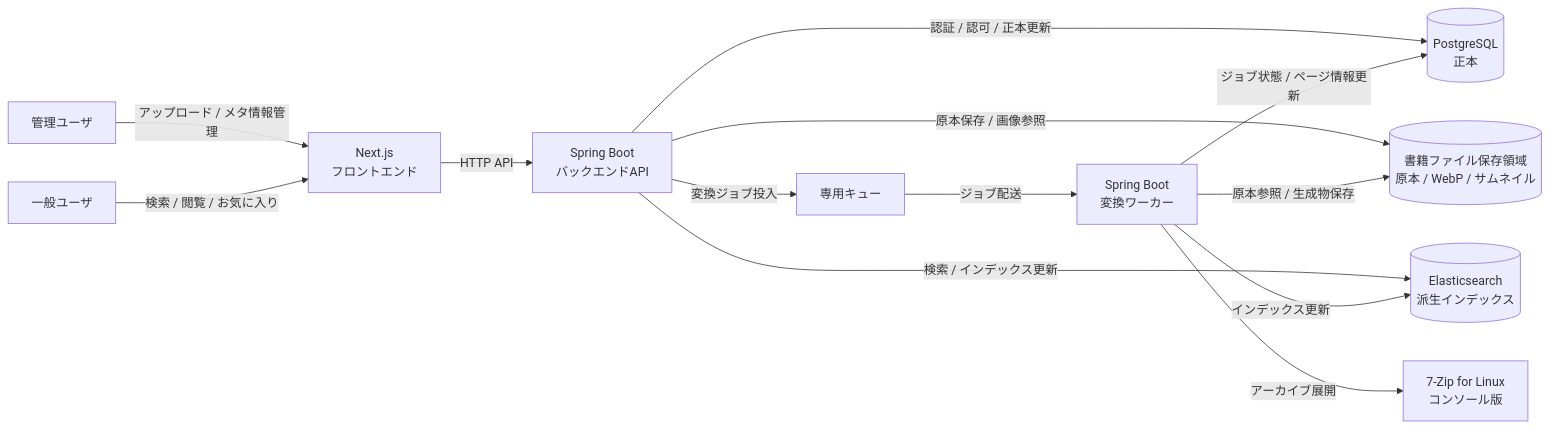
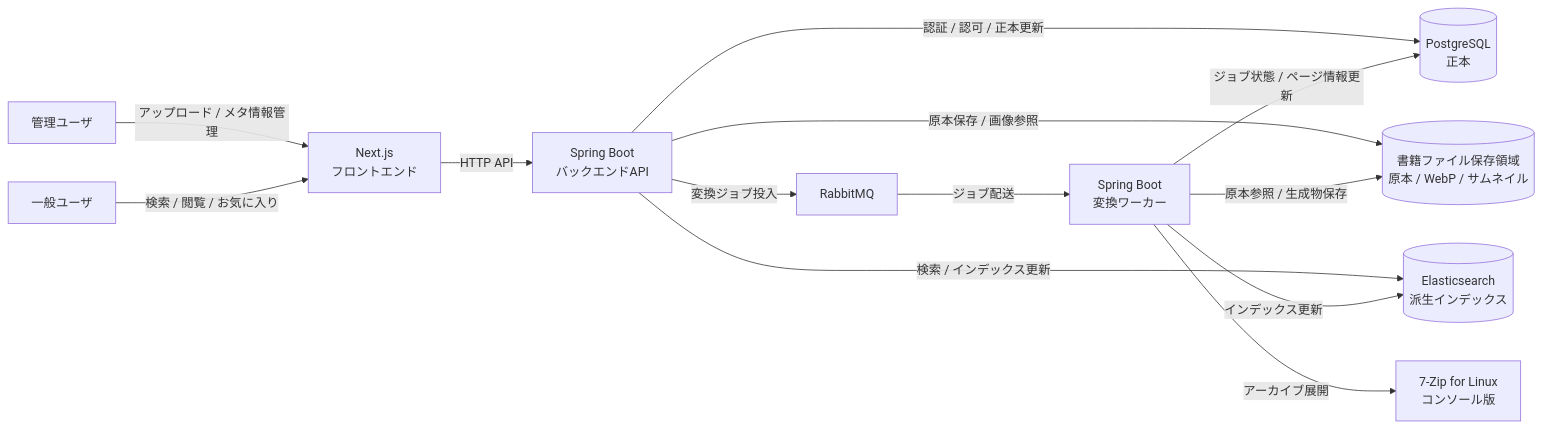
Before and after one commit to dommyttdev/book-viewer: the first of 7 diagrams in doc/03_architecture/06_data_flow.md, drawn with Mermaid. The commit also changed other lines of this file and 30 other files, not shown here.

````diff
--- a/doc/03_architecture/06_data_flow.md
+++ b/doc/03_architecture/06_data_flow.md
@@ -41,28 +41,28 @@
 ```mermaid
 flowchart LR
   admin["管理ユーザ"]
   general["一般ユーザ"]
   frontend["Next.js<br>フロントエンド"]
   api["Spring Boot<br>バックエンドAPI"]
-  queue["専用キュー"]
+  queue["RabbitMQ"]
   worker["Spring Boot<br>変換ワーカー"]
   db[("PostgreSQL<br>正本")]
   es[("Elasticsearch<br>派生インデックス")]
   storage[("書籍ファイル保存領域<br>原本 / WebP / サムネイル")]
   sevenZip["7-Zip for Linux<br>コンソール版"]
 
   admin -->|"アップロード / メタ情報管理"| frontend
   general -->|"検索 / 閲覧 / お気に入り"| frontend
   frontend -->|"HTTP API"| api
 
   api -->|"認証 / 認可 / 正本更新"| db
   api -->|"原本保存 / 画像参照"| storage
   api -->|"変換ジョブ投入"| queue
   api -->|"検索 / インデックス更新"| es
 
   queue -->|"ジョブ配送"| worker
   worker -->|"原本参照 / 生成物保存"| storage
   worker -->|"ジョブ状態 / ページ情報更新"| db
   worker -->|"インデックス更新"| es
   worker -->|"アーカイブ展開"| sevenZip
 ```
````
